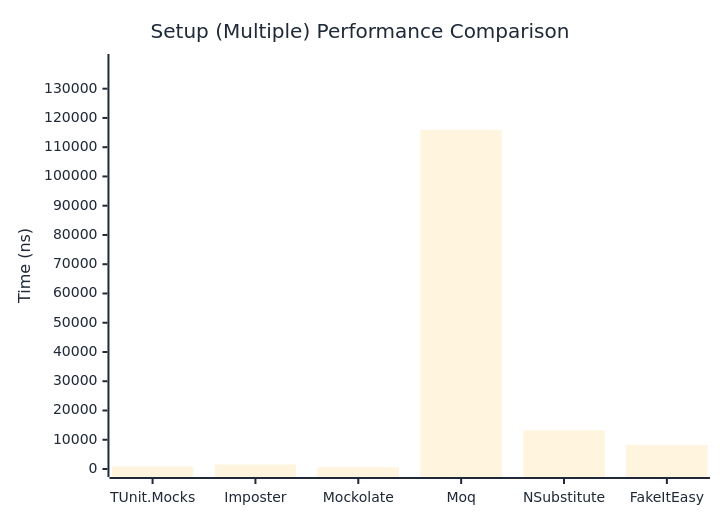
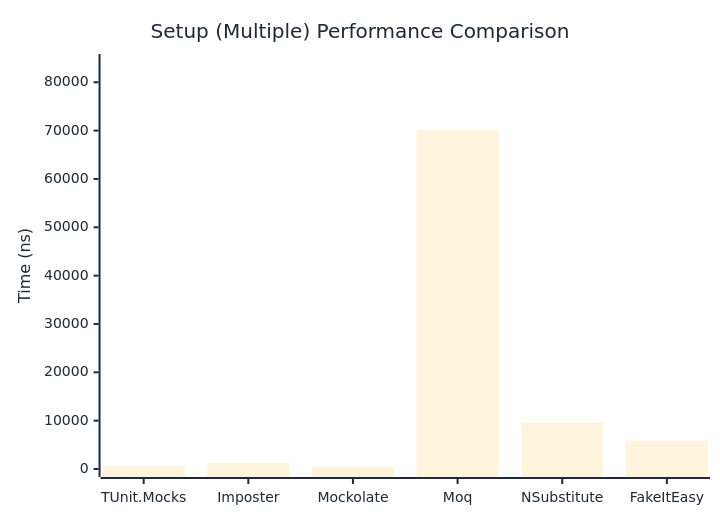
One commit to thomhurst/TUnit changed the second of 2 diagrams in docs/docs/benchmarks/mocks/Setup.md. Above: the diagram before and after it, drawn with Mermaid. The commit also changed other lines of this file and 14 other files, not shown here.

````diff
--- a/docs/docs/benchmarks/mocks/Setup.md
+++ b/docs/docs/benchmarks/mocks/Setup.md
@@ -71,27 +71,27 @@
 ```mermaid
 %%{init: {
   'theme':'base',
   'themeVariables': {
     'primaryColor': '#2563eb',
     'primaryTextColor': '#1f2937',
     'primaryBorderColor': '#1e40af',
     'lineColor': '#6b7280',
     'secondaryColor': '#7c3aed',
     'tertiaryColor': '#dc2626',
     'background': '#ffffff',
     'pie1': '#2563eb',
     'pie2': '#7c3aed',
     'pie3': '#dc2626',
     'pie4': '#f59e0b',
     'pie5': '#10b981',
     'pie6': '#06b6d4',
     'pie7': '#ec4899',
     'pie8': '#6366f1'
   }
 }}%%
 xychart-beta
   title "Setup (Multiple) Performance Comparison"
   x-axis ["TUnit.Mocks", "Imposter", "Mockolate", "Moq", "NSubstitute", "FakeItEasy"]
-  y-axis "Time (ns)" 0 --> 139122
-  bar [876.4, 1536.6, 571.6, 115934.2, 13204.4, 8241.2]
+  y-axis "Time (ns)" 0 --> 84189
+  bar [691, 1253.3, 494.2, 70157.2, 9614.7, 5882.9]
 ```
````
